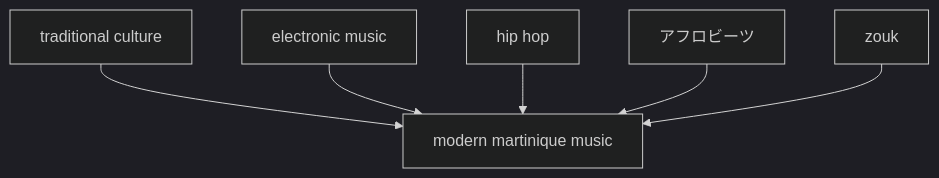
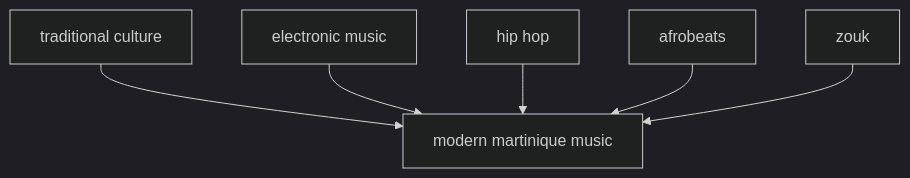
Before and after one commit to monumental-movement/monumental-movement.github.io: the tenth of 11 diagrams in en/_posts/2026-05-16-column-martinique.md, drawn with Mermaid (dark theme). The commit also changed other lines of this file and 423 other files, not shown here.

```diff
--- a/en/_posts/2026-05-16-column-martinique.md
+++ b/en/_posts/2026-05-16-column-martinique.md
@@ -407,13 +407,13 @@
 <div class="mermaid">
 graph TD
 A[traditional culture]
 B[electronic music]
 C[hip hop]
-D[アフロビーツ]
+D[afrobeats]
 E[zouk]
 A --> F[modern martinique music]
 B --> F
 C --> F
 D --> F
 E --> F
 </div>
```
